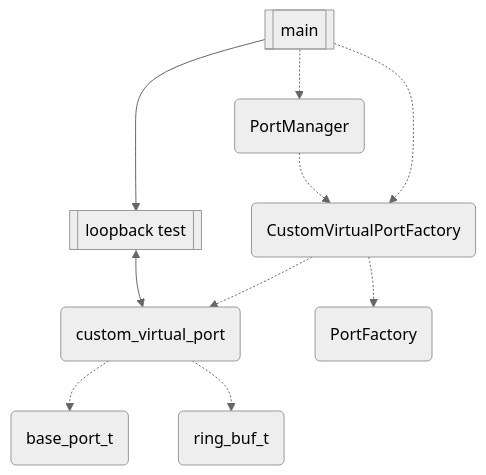
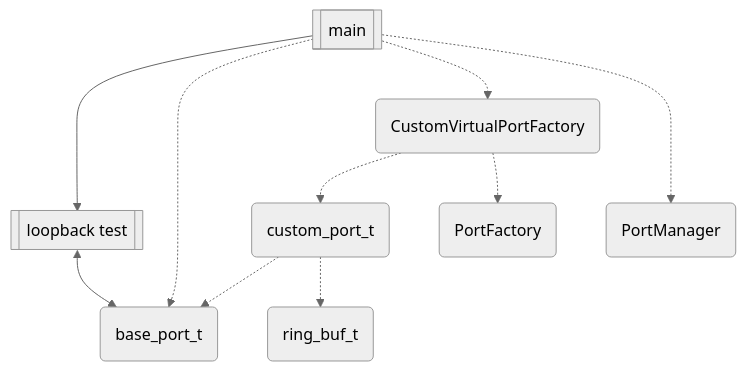
Before and after one commit to inertialsense/inertial-sense-sdk: the first of 2 diagrams in ExampleProjects/CustomPort/CustomVirtual/README.md, drawn with Mermaid (neutral theme). The commit also changed other lines of this file, not shown here.

Commit message:
Fix system diagram

````diff
--- a/ExampleProjects/CustomPort/CustomVirtual/README.md
+++ b/ExampleProjects/CustomPort/CustomVirtual/README.md
@@ -17,12 +17,15 @@
 ```mermaid
 graph TD
-    A[[main]] -.-> B(CustomVirtualPortFactory)
-    A -.-> H(PortManager)
-    B -.-> C(custom_virtual_port)
-    C -.-> D(base_port_t)
-    C -.-> G(ring_buf_t)
-    B-.-> E(PortFactory)
-    H -.-> B
-    A --> F[[loopback test]]
-    F <--> C
+   A[[main]] --> F[[loopback test]]
+   A -.-> D(base_port_t)
+   A -.-> B(CustomVirtualPortFactory)
+   B -.-> C(custom_port_t)
+   B-.-> E(PortFactory)
+   C -.-> D
+   C -.-> G(ring_buf_t)
+   A -.-> H(PortManager)
+   B ~~~ H
+   %%H -.-> B
+   F <--> D
+   %%comment
 ```
````
